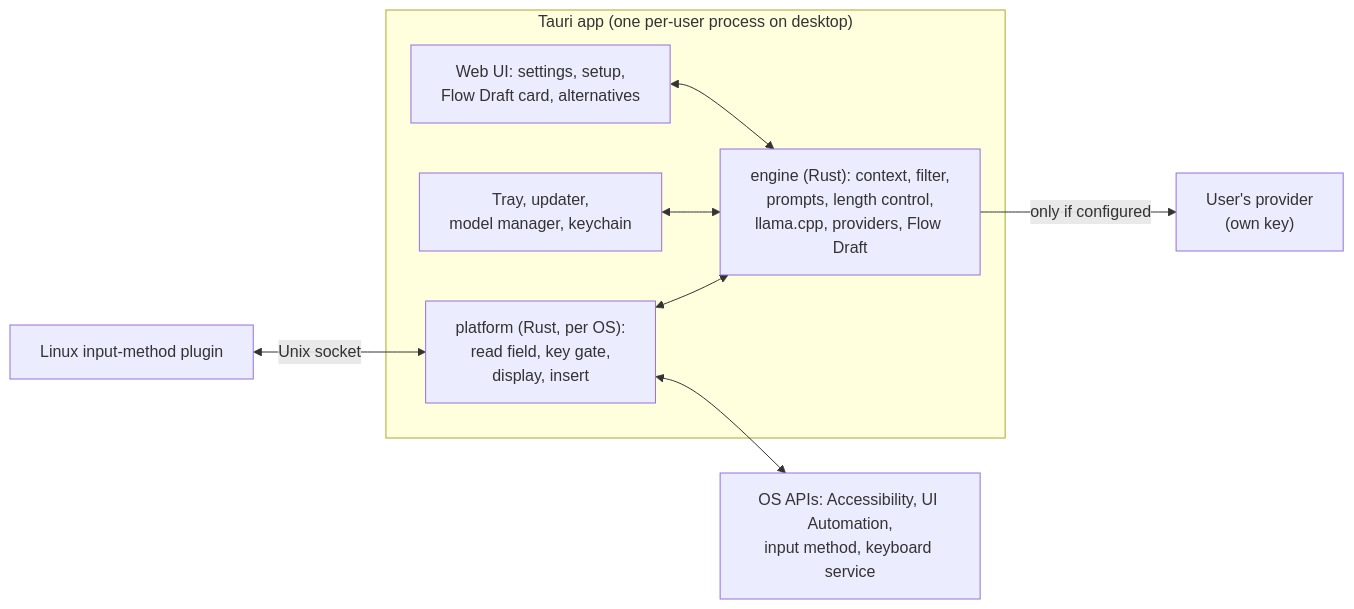
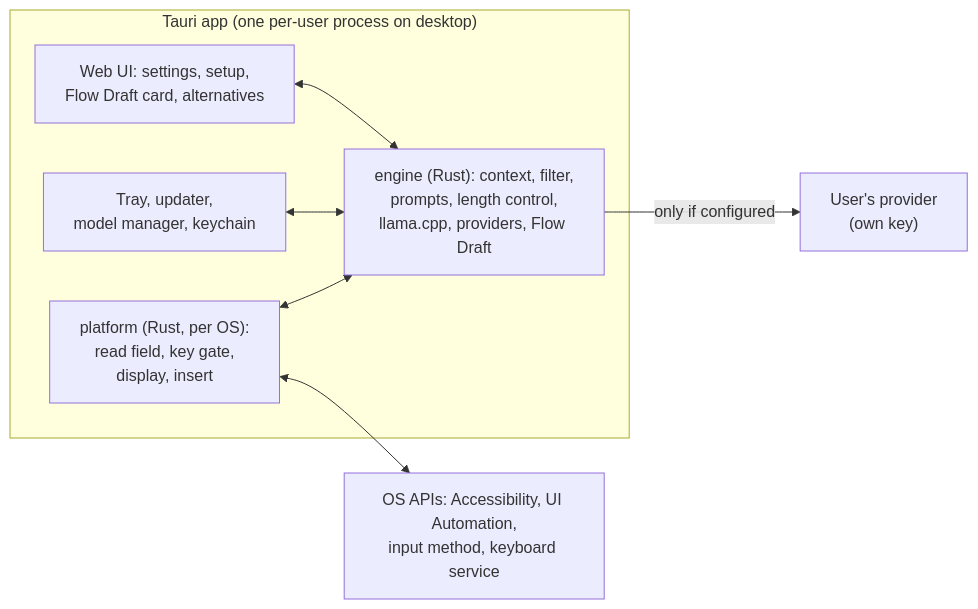
The first of 3 diagrams in docs/architecture.md (saatvik333/ghostcaret), drawn with Mermaid before and after one commit. The commit also changed other lines of this file and 31 other files, not shown here.

````diff
--- a/docs/architecture.md
+++ b/docs/architecture.md
@@ -15,15 +14,14 @@
 ```mermaid
 flowchart LR
   subgraph App["Tauri app (one per-user process on desktop)"]
     UI["Web UI: settings, setup,<br/>Flow Draft card, alternatives"]
     TRAY[Tray, updater,<br/>model manager, keychain]
     ENG["engine (Rust): context, filter,<br/>prompts, length control,<br/>llama.cpp, providers, Flow Draft"]
     PLAT["platform (Rust, per OS):<br/>read field, key gate,<br/>display, insert"]
     UI <--> ENG
     TRAY <--> ENG
     PLAT <--> ENG
   end
   PLAT <--> OS["OS APIs: Accessibility, UI Automation,<br/>input method, keyboard service"]
   ENG -->|only if configured| CLOUD["User's provider<br/>(own key)"]
-  LIME["Linux input-method plugin"] <-->|Unix socket| PLAT
 ```
````
